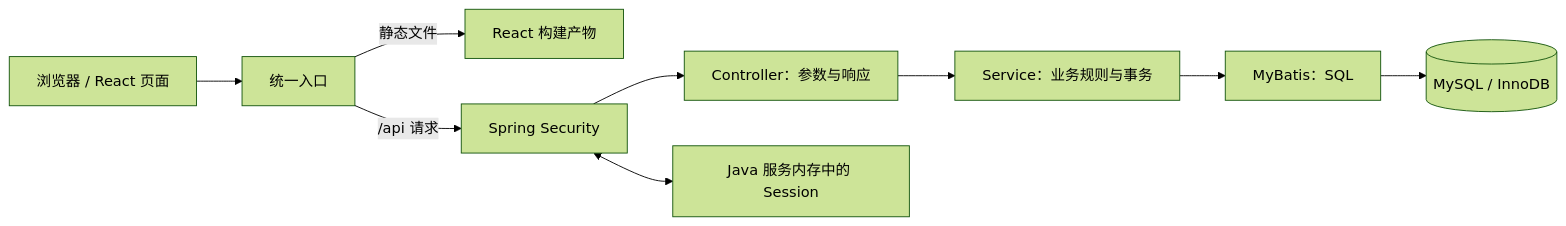
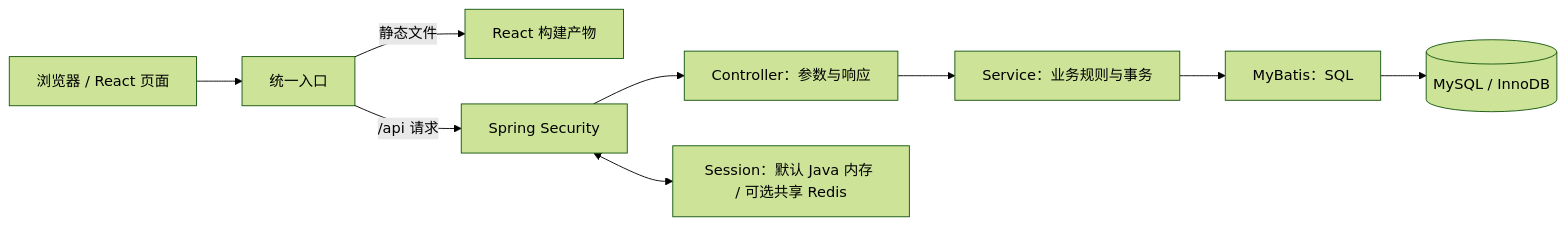
The diagram in docs/architecture.md (GTASDAW/MYCODE), drawn with Mermaid (forest theme) before and after one commit. The commit also changed other lines of this file and 22 other files, not shown here.

````diff
--- a/docs/architecture.md
+++ b/docs/architecture.md
@@ -17,11 +18,11 @@
 ```mermaid
 flowchart LR
     B[浏览器 / React 页面] --> P[统一入口]
     P -->|静态文件| F[React 构建产物]
     P -->|/api 请求| S[Spring Security]
     S --> C[Controller：参数与响应]
     C --> V[Service：业务规则与事务]
     V --> M[MyBatis：SQL]
     M --> D[(MySQL / InnoDB)]
-    S <--> H[Java 服务内存中的 Session]
+    S <--> H[Session：默认 Java 内存 / 可选共享 Redis]
 ```
````
